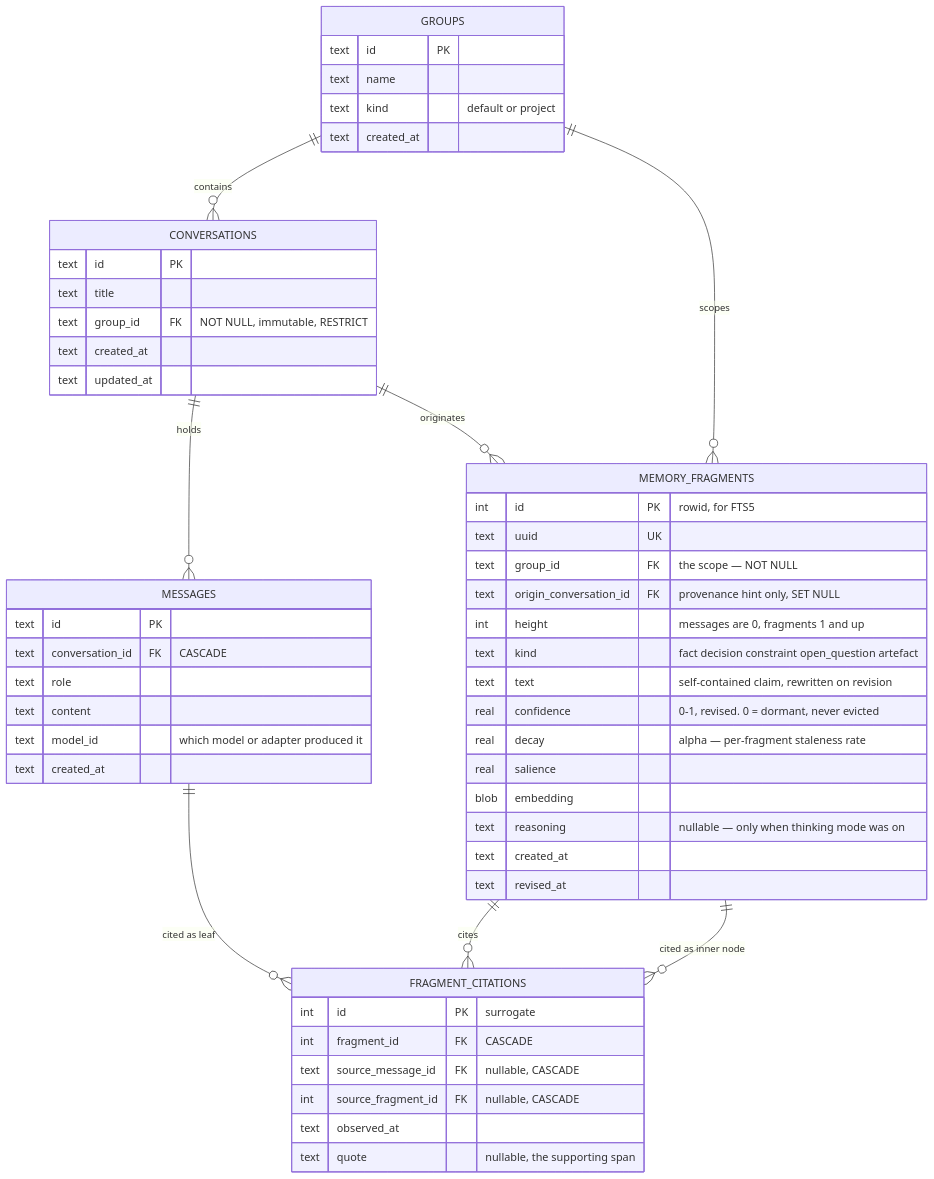
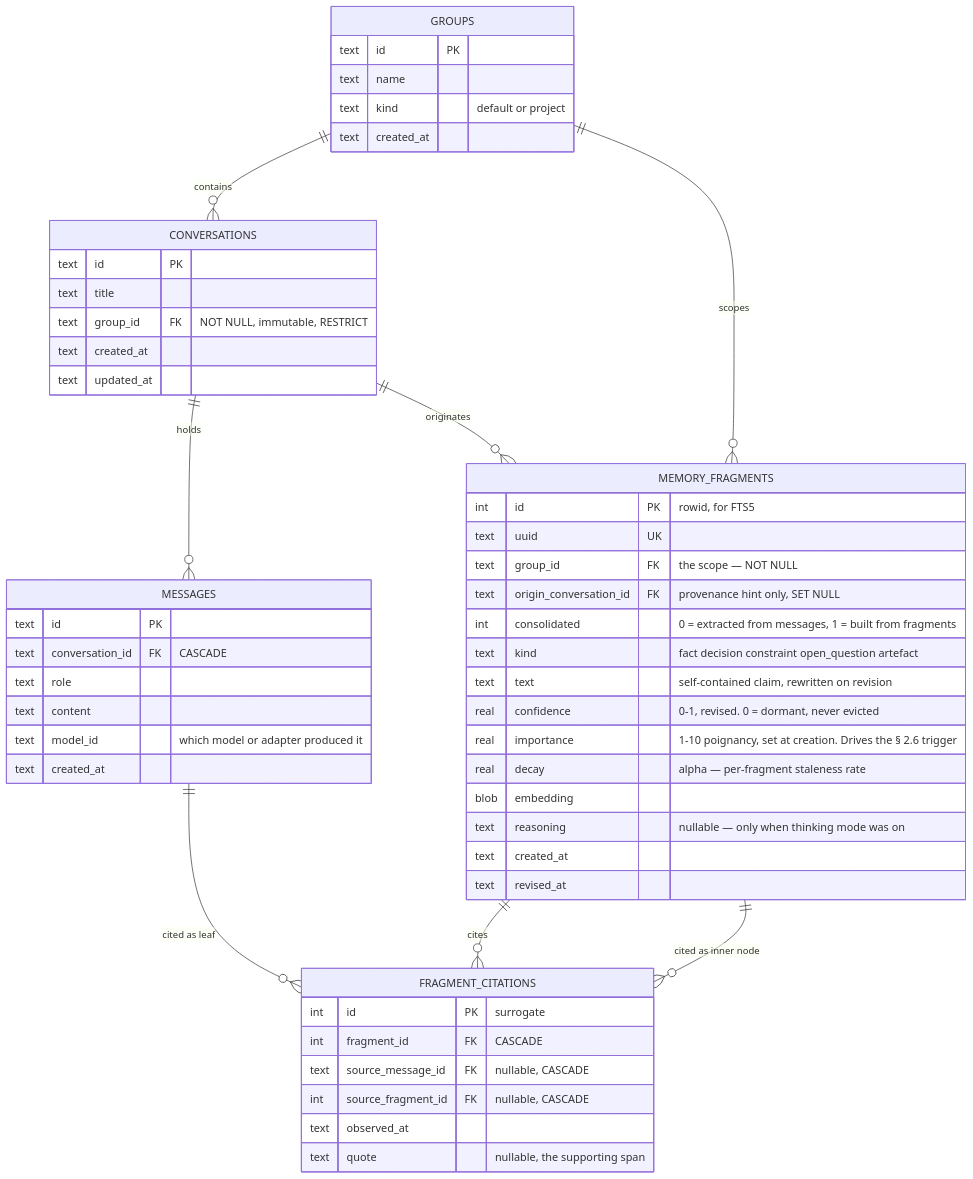
The first of 11 diagrams in docs/plans/memory-and-groups.md (Alorcus/agent_project), drawn with Mermaid before and after one commit. The commit also changed other lines of this file, not shown here.

````diff
--- a/docs/plans/memory-and-groups.md
+++ b/docs/plans/memory-and-groups.md
@@ -52,56 +52,56 @@
 ```mermaid
 erDiagram
     GROUPS ||--o{ CONVERSATIONS : contains
     CONVERSATIONS ||--o{ MESSAGES : holds
     CONVERSATIONS ||--o{ MEMORY_FRAGMENTS : originates
     GROUPS ||--o{ MEMORY_FRAGMENTS : scopes
     MEMORY_FRAGMENTS ||--o{ FRAGMENT_CITATIONS : cites
     MESSAGES ||--o{ FRAGMENT_CITATIONS : "cited as leaf"
     MEMORY_FRAGMENTS ||--o{ FRAGMENT_CITATIONS : "cited as inner node"
 
     GROUPS {
         text id PK
         text name
         text kind "default or project"
         text created_at
     }
     CONVERSATIONS {
         text id PK
         text title
         text group_id FK "NOT NULL, immutable, RESTRICT"
         text created_at
         text updated_at
     }
     MESSAGES {
         text id PK
         text conversation_id FK "CASCADE"
         text role
         text content
         text model_id "which model or adapter produced it"
         text created_at
     }
     MEMORY_FRAGMENTS {
         int id PK "rowid, for FTS5"
         text uuid UK
         text group_id FK "the scope — NOT NULL"
         text origin_conversation_id FK "provenance hint only, SET NULL"
-        int height "messages are 0, fragments 1 and up"
+        int consolidated "0 = extracted from messages, 1 = built from fragments"
         text kind "fact decision constraint open_question artefact"
         text text "self-contained claim, rewritten on revision"
         real confidence "0-1, revised. 0 = dormant, never evicted"
+        real importance "1-10 poignancy, set at creation. Drives the § 2.6 trigger"
         real decay "alpha — per-fragment staleness rate"
-        real salience
         blob embedding
         text reasoning "nullable — only when thinking mode was on"
         text created_at
         text revised_at
     }
     FRAGMENT_CITATIONS {
         int id PK "surrogate"
         int fragment_id FK "CASCADE"
         text source_message_id FK "nullable, CASCADE"
         int source_fragment_id FK "nullable, CASCADE"
         text observed_at
         text quote "nullable, the supporting span"
     }
 ```
````
